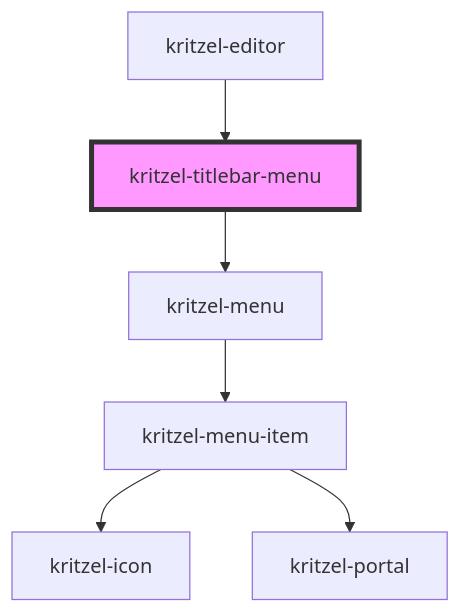
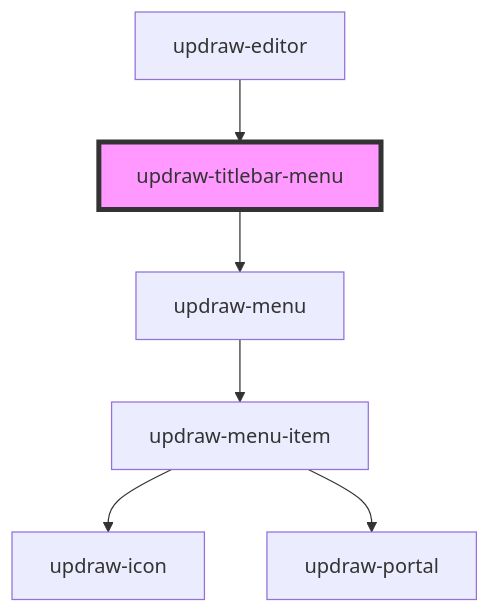
One commit to kasual1/kritzel changed the diagram in libs/editor/core/src/components/updraw-titlebar-menu/readme.md. Above: the diagram before and after it, drawn with Mermaid. The commit also changed other lines of this file and 1129 other files, not shown here.

First line of the commit message:
Replace kritzel with updraw across the codebase

````diff
--- a/libs/editor/core/src/components/updraw-titlebar-menu/readme.md
+++ b/libs/editor/core/src/components/updraw-titlebar-menu/readme.md
@@ -38,9 +38,9 @@
 ```mermaid
 graph TD;
-  kritzel-titlebar-menu --> kritzel-menu
-  kritzel-menu --> kritzel-menu-item
-  kritzel-menu-item --> kritzel-icon
-  kritzel-menu-item --> kritzel-portal
-  kritzel-editor --> kritzel-titlebar-menu
-  style kritzel-titlebar-menu fill:#f9f,stroke:#333,stroke-width:4px
+  updraw-titlebar-menu --> updraw-menu
+  updraw-menu --> updraw-menu-item
+  updraw-menu-item --> updraw-icon
+  updraw-menu-item --> updraw-portal
+  updraw-editor --> updraw-titlebar-menu
+  style updraw-titlebar-menu fill:#f9f,stroke:#333,stroke-width:4px
 ```
````
